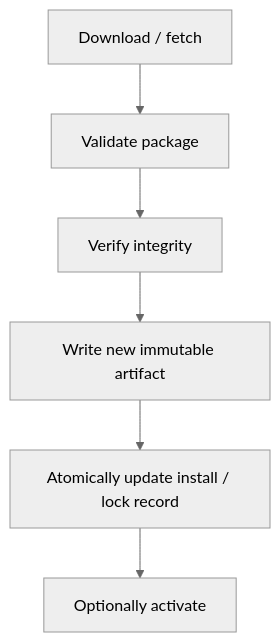
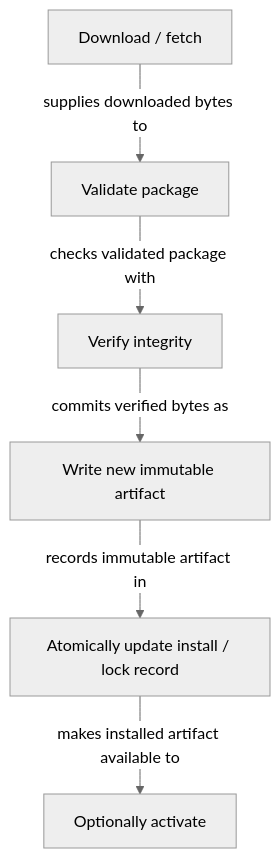
The fifth of 5 diagrams in docs/plans/backlog/package-multi-source-distribution.md (kirinmurphy/roborepo-alpha), drawn with Mermaid (neutral theme) before and after one commit. The commit also changed other lines of this file and 52 other files, not shown here.

````diff
--- a/docs/plans/backlog/package-multi-source-distribution.md
+++ b/docs/plans/backlog/package-multi-source-distribution.md
@@ -639,8 +639,8 @@
 ```mermaid
 flowchart TD
-  fetch[Download / fetch] --> validate[Validate package]
-  validate --> integrity[Verify integrity]
-  integrity --> artifact[Write new immutable artifact]
-  artifact --> lock[Atomically update install / lock record]
-  lock --> activate[Optionally activate]
+  fetch[Download / fetch] -->|supplies downloaded bytes to| validate[Validate package]
+  validate -->|checks validated package with| integrity[Verify integrity]
+  integrity -->|commits verified bytes as| artifact[Write new immutable artifact]
+  artifact -->|records immutable artifact in| lock[Atomically update install / lock record]
+  lock -->|makes installed artifact available to| activate[Optionally activate]
 ```
````
